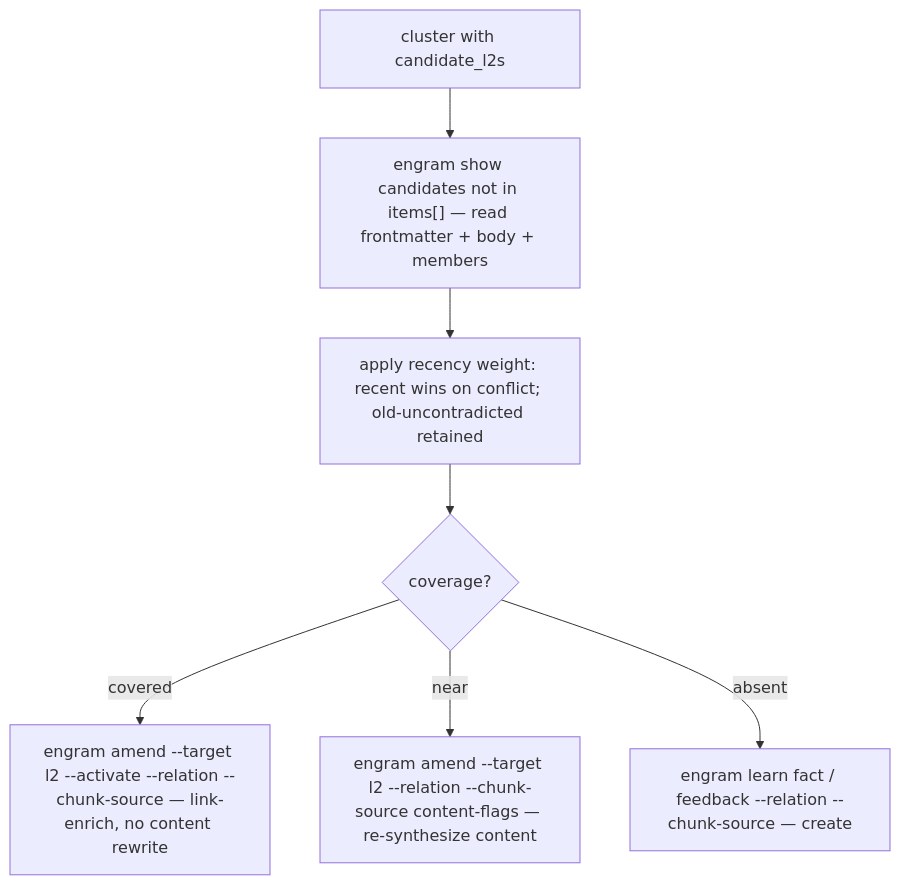
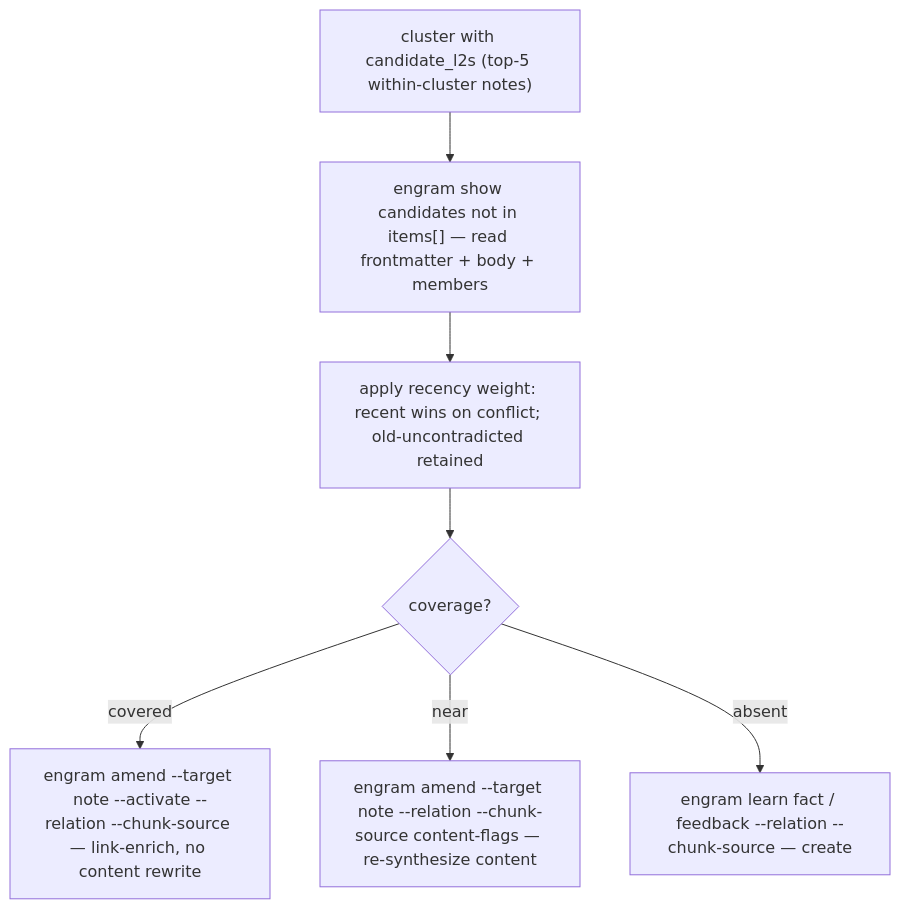
One commit to toejough/engram changed the fifth of 5 diagrams in docs/architecture/c2-containers.md. Above: the diagram before and after it, drawn with Mermaid. The commit also changed other lines of this file and 7 other files, not shown here.

````diff
--- a/docs/architecture/c2-containers.md
+++ b/docs/architecture/c2-containers.md
@@ -172,9 +178,9 @@
 ```mermaid
 flowchart TD
-    A["cluster with candidate_l2s"] --> B["engram show candidates not in items[] — read frontmatter + body + members"]
+    A["cluster with candidate_l2s (top-5 within-cluster notes)"] --> B["engram show candidates not in items[] — read frontmatter + body + members"]
     B --> C["apply recency weight: recent wins on conflict; old-uncontradicted retained"]
     C --> D{coverage?}
-    D -->|covered| E["engram amend --target l2 --activate --relation --chunk-source — link-enrich, no content rewrite"]
-    D -->|near| F["engram amend --target l2 --relation --chunk-source content-flags — re-synthesize content"]
+    D -->|covered| E["engram amend --target note --activate --relation --chunk-source — link-enrich, no content rewrite"]
+    D -->|near| F["engram amend --target note --relation --chunk-source content-flags — re-synthesize content"]
     D -->|absent| G["engram learn fact / feedback --relation --chunk-source — create"]
 ```
````
